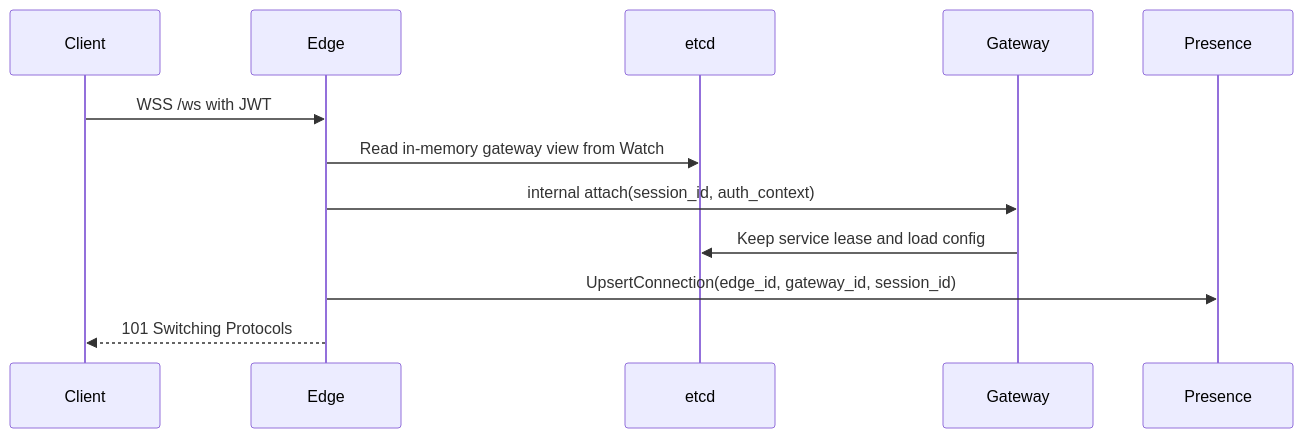
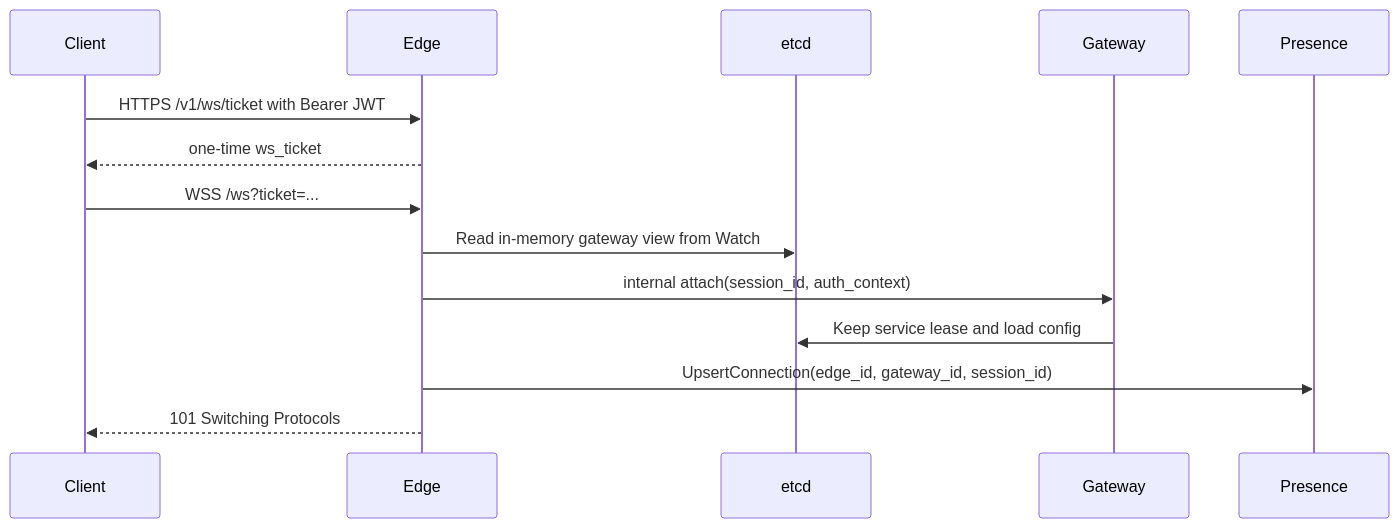
The second of 5 diagrams in docs/infrastructure/DESIGN.md (HappyLadySauce/Beehive-IM), drawn with Mermaid before and after one commit. The commit also changed other lines of this file and 103 other files, not shown here.

````diff
--- a/docs/infrastructure/DESIGN.md
+++ b/docs/infrastructure/DESIGN.md
@@ -165,15 +165,17 @@
 ```mermaid
 sequenceDiagram
     participant C as Client
     participant E as Edge
     participant ET as etcd
     participant G as Gateway
     participant P as Presence
 
-    C->>E: WSS /ws with JWT
+    C->>E: HTTPS /v1/ws/ticket with Bearer JWT
+    E-->>C: one-time ws_ticket
+    C->>E: WSS /ws?ticket=...
     E->>ET: Read in-memory gateway view from Watch
     E->>G: internal attach(session_id, auth_context)
     G->>ET: Keep service lease and load config
     E->>P: UpsertConnection(edge_id, gateway_id, session_id)
     E-->>C: 101 Switching Protocols
 ```
````
